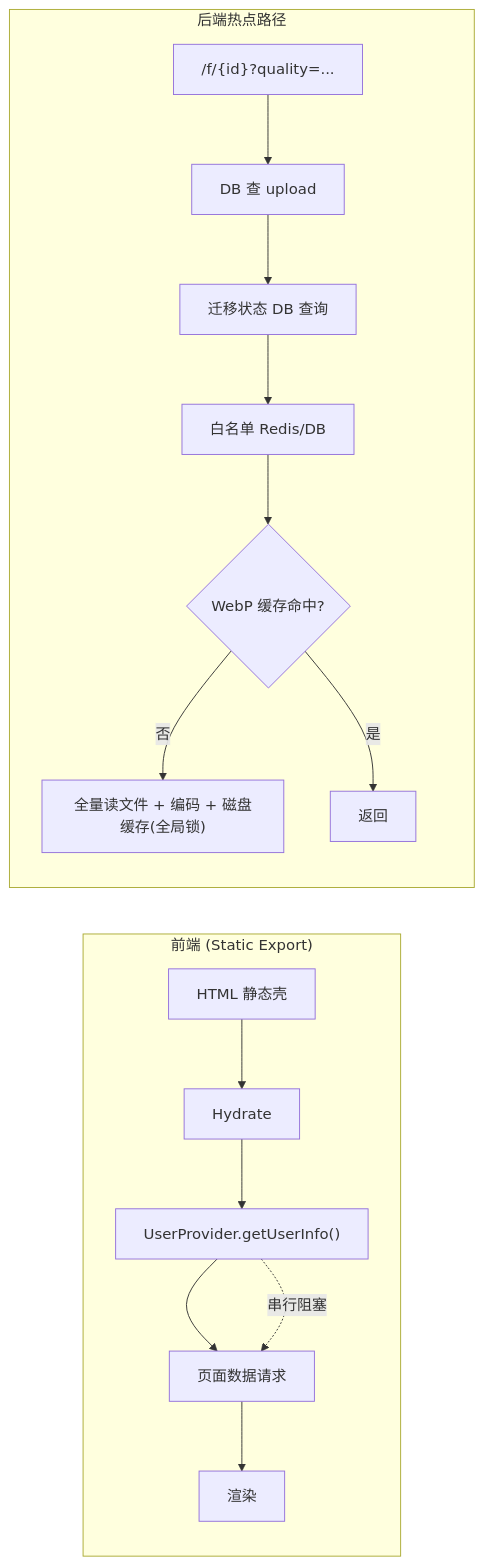
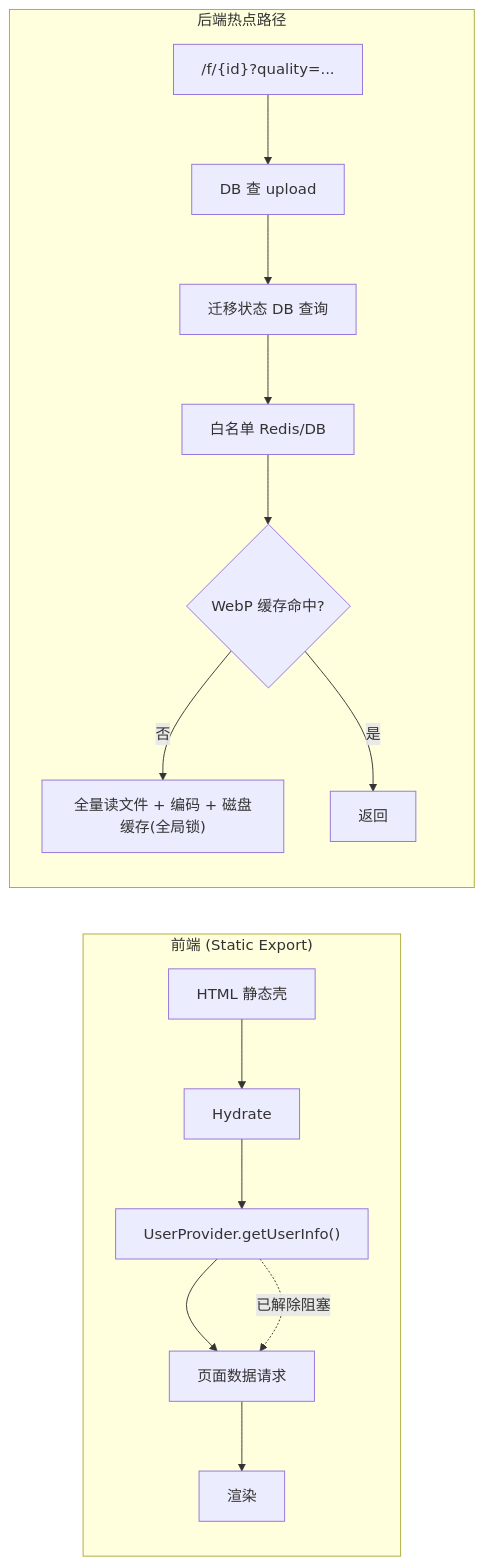
Before and after one commit to Rain-kl/Clipper: the first of 2 diagrams in docs/PERFORMANCE.md, drawn with Mermaid. The commit also changed other lines of this file and 13 other files, not shown here.

````diff
--- a/docs/PERFORMANCE.md
+++ b/docs/PERFORMANCE.md
@@ -31,20 +33,20 @@
 ```mermaid
 flowchart LR
   subgraph frontend["前端 (Static Export)"]
     A[HTML 静态壳] --> B[Hydrate]
     B --> C["UserProvider.getUserInfo()"]
     C --> D[页面数据请求]
     D --> E[渲染]
   end
 
   subgraph backend["后端热点路径"]
     F["/f/{id}?quality=..."] --> G[DB 查 upload]
     G --> H[迁移状态 DB 查询]
     H --> I[白名单 Redis/DB]
     I --> J{WebP 缓存命中?}
     J -->|否| K["全量读文件 + 编码 + 磁盘缓存(全局锁)"]
     J -->|是| L[返回]
   end
 
-  C -.->|串行阻塞| D
+  C -.->|已解除阻塞| D
 ```
````
